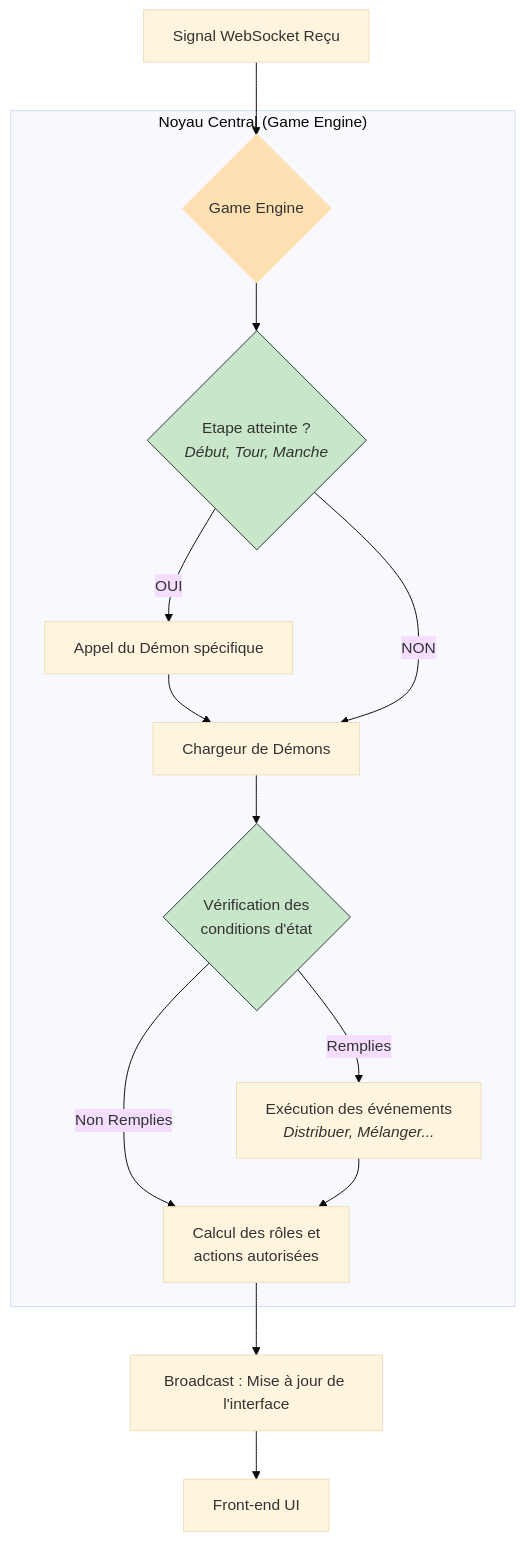
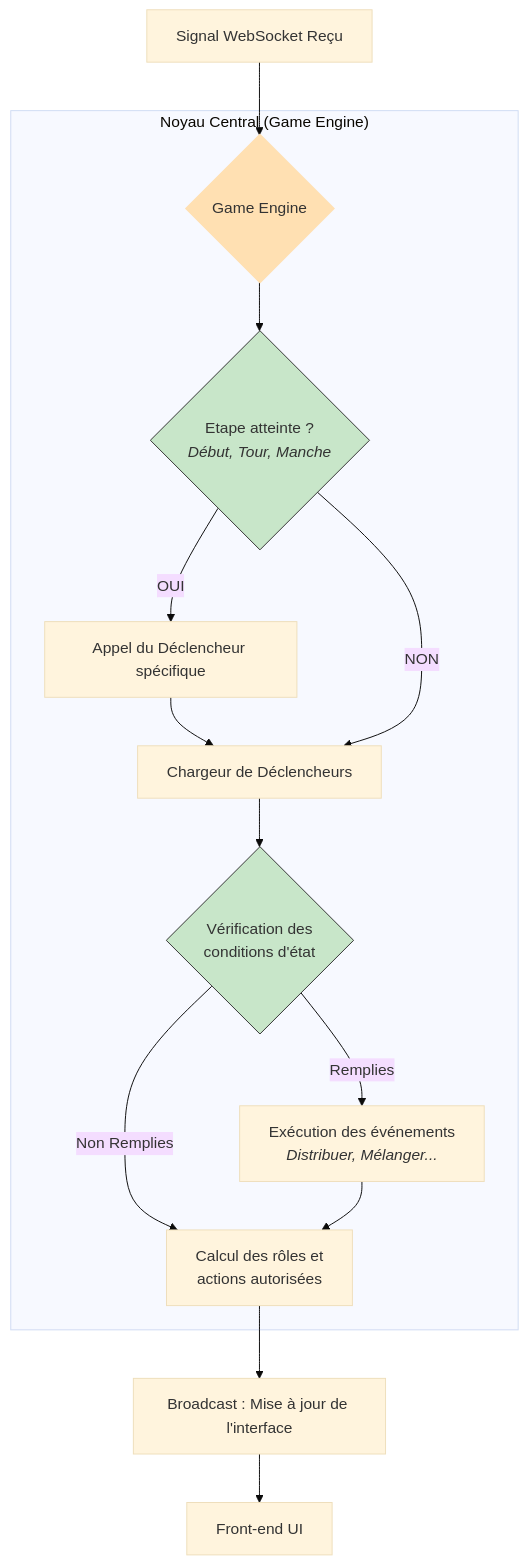
One commit to MeyDetour/CARDGames-websocket changed the second of 2 diagrams in README.md. Above: the diagram before and after it, drawn with Mermaid. The commit also changed other lines of this file and 4 other files, not shown here.

Commit message:
feat: Rename 'Demon' to 'Déclencheur' across the codebase for consistency and clarity

````diff
--- a/README.md
+++ b/README.md
@@ -104,33 +104,33 @@
 ```mermaid
 ---
 config:
   theme: base
 ---
 flowchart TB
  subgraph subGraph0["Noyau Central (Game Engine)"]
         StepCheck{"Etape atteinte ? <br><i>Début, Tour, Manche</i>"}
         GE{"Game Engine"}
-        DemonSpecific["Appel du Démon spécifique"]
-        DemonLoader["Chargeur de Démons"]
+        DeclencheurSpecific["Appel du Déclencheur spécifique"]
+        DeclencheurLoader["Chargeur de Déclencheurs"]
         CheckCond@{ label: "Vérification des <br>conditions d'état" }
-        ExecuteDemon["Exécution des événements <br><i>Distribuer, Mélanger...</i>"]
+        ExecuteDeclencheur["Exécution des événements <br><i>Distribuer, Mélanger...</i>"]
         PlayerLogic["Calcul des rôles et <br>actions autorisées"]
   end
     WS["Signal WebSocket Reçu"] --> GE
     GE --> StepCheck
-    StepCheck -- OUI --> DemonSpecific
-    DemonSpecific --> DemonLoader
-    StepCheck -- NON --> DemonLoader
-    DemonLoader --> CheckCond
-    CheckCond -- Remplies --> ExecuteDemon
+    StepCheck -- OUI --> DeclencheurSpecific
+    DeclencheurSpecific --> DeclencheurLoader
+    StepCheck -- NON --> DeclencheurLoader
+    DeclencheurLoader --> CheckCond
+    CheckCond -- Remplies --> ExecuteDeclencheur
     CheckCond -- Non Remplies --> PlayerLogic
-    ExecuteDemon --> PlayerLogic
+    ExecuteDeclencheur --> PlayerLogic
     PlayerLogic --> Broadcast@{ label: "Broadcast : Mise à jour de l'interface" }
     Broadcast --> Front["Front-end UI"]
 
     CheckCond@{ shape: diamond}
     Broadcast@{ shape: rect}
     style StepCheck fill:#C8E6C9,stroke:#333
     style GE fill:#FFE0B2,stroke:#FFE0B2,stroke-width:2px 
     style CheckCond fill:#C8E6C9,stroke:#333
 ```
````
